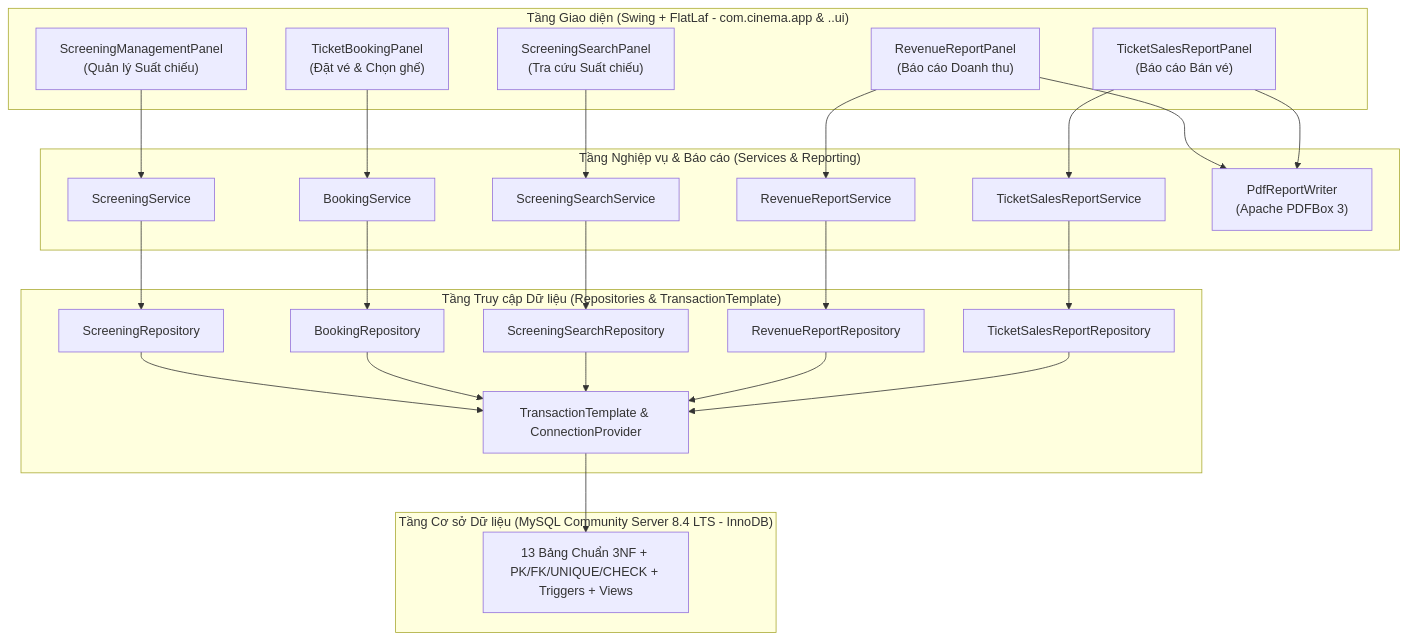
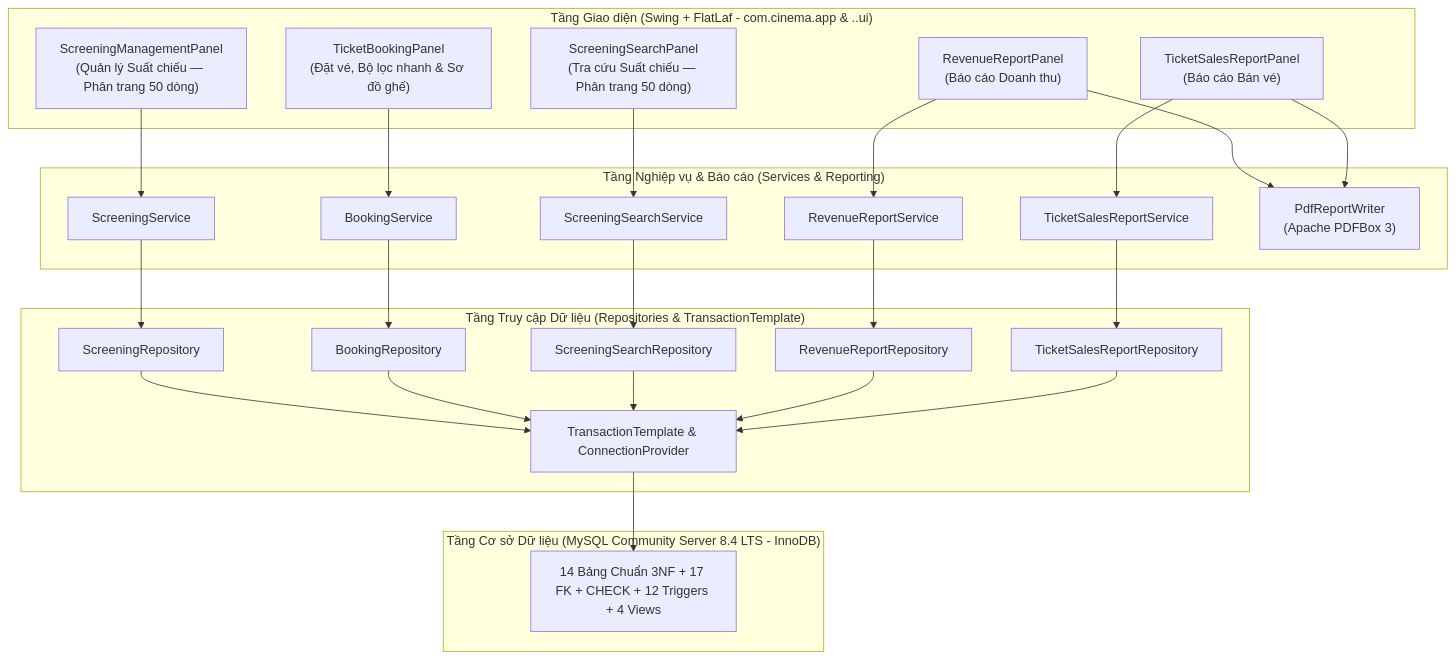
One commit to lnb2x/quan-ly-chuoi-rap-phim changed the diagram in ARCHITECTURE.md. Above: the diagram before and after it, drawn with Mermaid. The commit also changed other lines of this file and 110 other files, not shown here.

Commit message:
Complete 3NF schema and MySQL demo verification

````diff
--- a/ARCHITECTURE.md
+++ b/ARCHITECTURE.md
@@ -7,40 +7,40 @@
 ```mermaid
 flowchart TD
     subgraph UI["Tầng Giao diện (Swing + FlatLaf - com.cinema.app & ..ui)"]
-        U1["ScreeningManagementPanel\n(Quản lý Suất chiếu)"]
-        U2["TicketBookingPanel\n(Đặt vé & Chọn ghế)"]
-        U3["ScreeningSearchPanel\n(Tra cứu Suất chiếu)"]
+        U1["ScreeningManagementPanel\n(Quản lý Suất chiếu — Phân trang 50 dòng)"]
+        U2["TicketBookingPanel\n(Đặt vé, Bộ lọc nhanh & Sơ đồ ghế)"]
+        U3["ScreeningSearchPanel\n(Tra cứu Suất chiếu — Phân trang 50 dòng)"]
         U4["RevenueReportPanel\n(Báo cáo Doanh thu)"]
         U5["TicketSalesReportPanel\n(Báo cáo Bán vé)"]
     end
 
     subgraph SVC["Tầng Nghiệp vụ & Báo cáo (Services & Reporting)"]
         S1["ScreeningService"]
         S2["BookingService"]
         S3["ScreeningSearchService"]
         S4["RevenueReportService"]
         S5["TicketSalesReportService"]
         PDF["PdfReportWriter\n(Apache PDFBox 3)"]
     end
 
     subgraph REPO["Tầng Truy cập Dữ liệu (Repositories & TransactionTemplate)"]
         R1["ScreeningRepository"]
         R2["BookingRepository"]
         R3["ScreeningSearchRepository"]
         R4["RevenueReportRepository"]
         R5["TicketSalesReportRepository"]
         TX["TransactionTemplate & ConnectionProvider"]
     end
 
     subgraph DB["Tầng Cơ sở Dữ liệu (MySQL Community Server 8.4 LTS - InnoDB)"]
-        DDL["13 Bảng Chuẩn 3NF + PK/FK/UNIQUE/CHECK + Triggers + Views"]
+        DDL["14 Bảng Chuẩn 3NF + 17 FK + CHECK + 12 Triggers + 4 Views"]
     end
 
     U1 --> S1 --> R1 --> TX
     U2 --> S2 --> R2 --> TX
     U3 --> S3 --> R3 --> TX
     U4 --> S4 --> R4 --> TX
     U5 --> S5 --> R5 --> TX
     U4 & U5 --> PDF
     TX --> DDL
 ```
````
